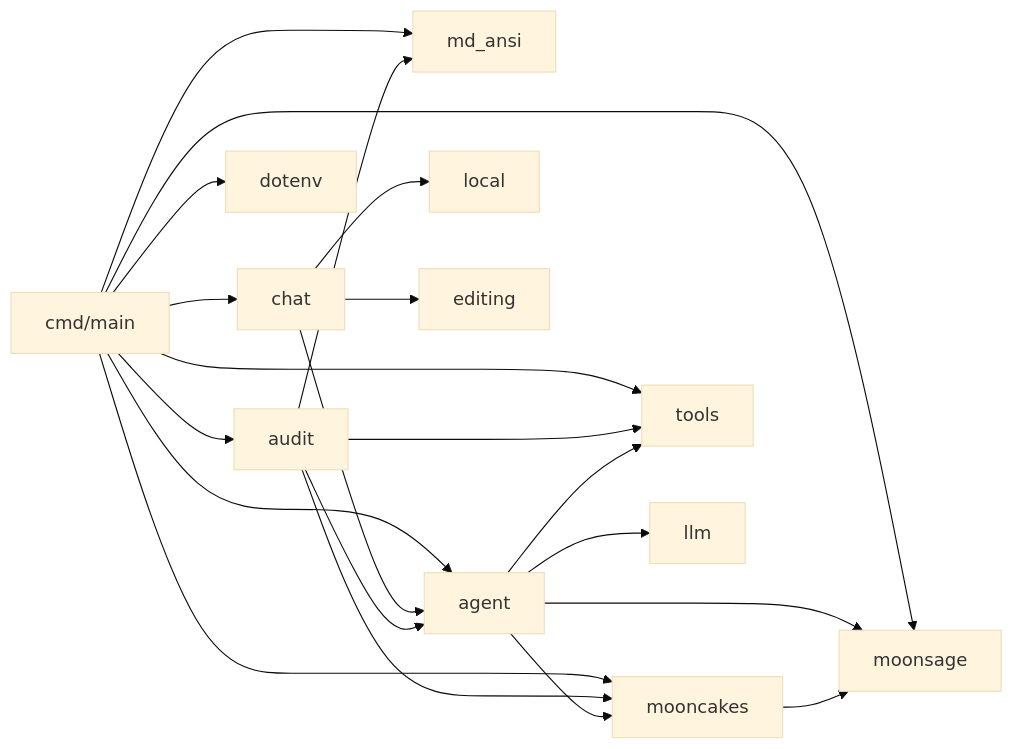
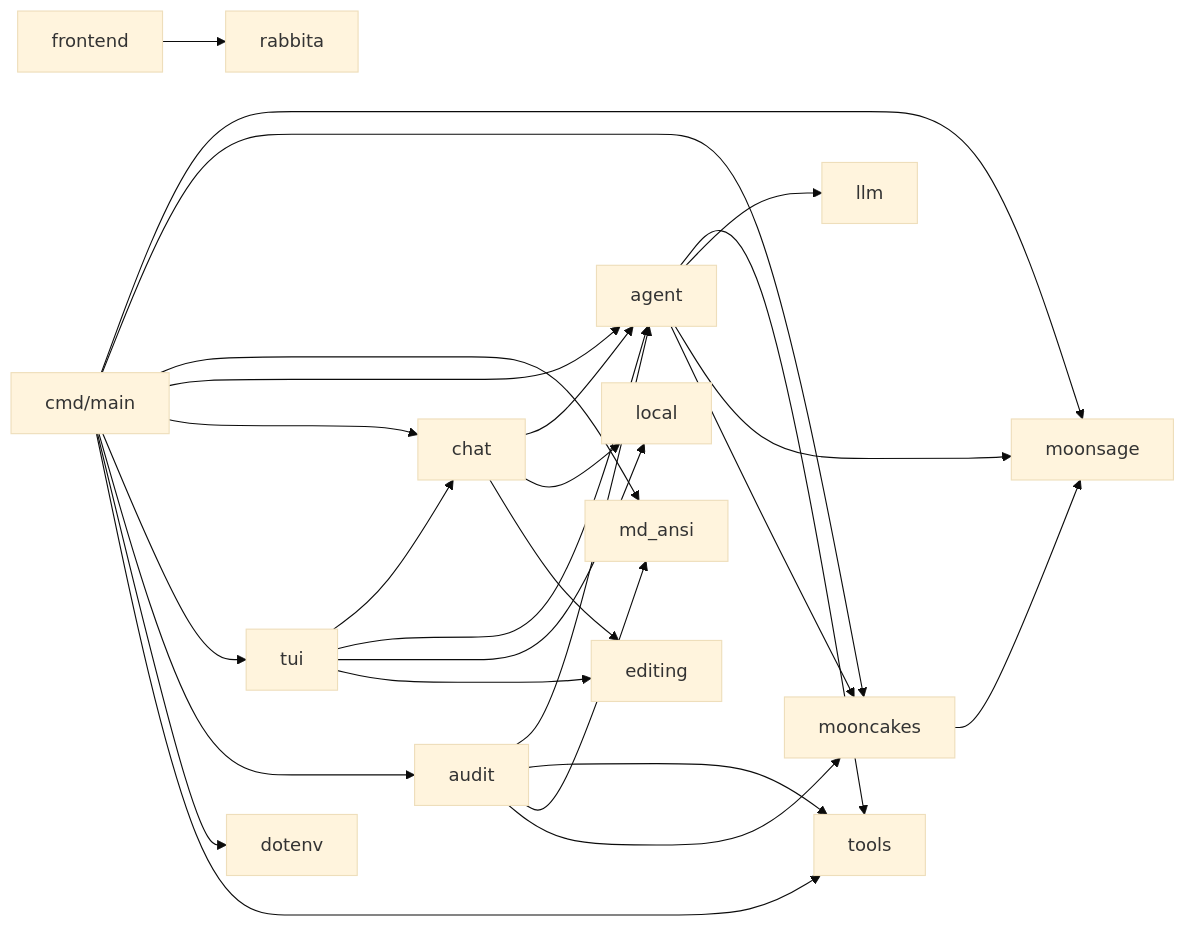
The diagram in README.mbt.md (Asterless/MoonSage), drawn with Mermaid (base theme) before and after one commit. The commit also changed other lines of this file and 32 other files, not shown here.

Commit message:
feat: add Rabbita web frontend and split chat TUI

````diff
--- a/README.mbt.md
+++ b/README.mbt.md
@@ -183,23 +189,29 @@
 ```mermaid
 graph LR
   main[cmd/main] --> moonsage
   main --> mooncakes
   main --> md_ansi
   main --> agent
   main --> chat
+  main --> tui
   main --> audit
   main --> dotenv
   main --> tools
+  frontend --> rabbita
   chat --> agent
   chat --> local
   chat --> editing
+  tui --> chat
+  tui --> agent
+  tui --> local
+  tui --> editing
   audit --> agent
   audit --> tools
   audit --> md_ansi
   audit --> mooncakes
   agent --> tools
   agent --> llm
   agent --> moonsage
   agent --> mooncakes
   mooncakes --> moonsage
 ```
````
